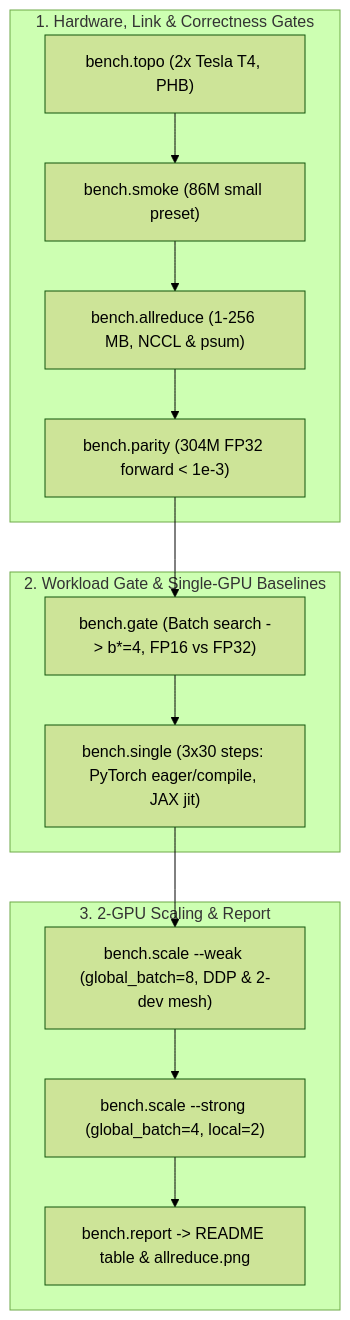
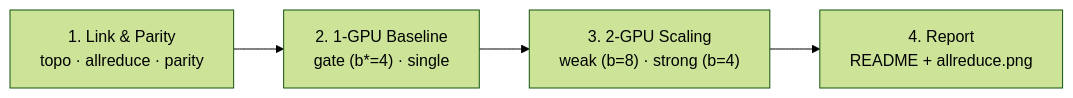
One commit to adityavsb/pytorch-jax-gpt-training changed the diagram in README.md. Above: the diagram before and after it, drawn with Mermaid (forest theme). The commit also changed other lines of this file, not shown here.

````diff
--- a/README.md
+++ b/README.md
@@ -71,19 +38,6 @@
 ```mermaid
-flowchart TD
-    subgraph Gate1 ["1. Hardware, Link & Correctness Gates"]
-        A["bench.topo (2x Tesla T4, PHB)"] --> B["bench.smoke (86M small preset)"]
-        B --> C["bench.allreduce (1-256 MB, NCCL & psum)"]
-        C --> D["bench.parity (304M FP32 forward < 1e-3)"]
-    end
-
-    subgraph Gate2 ["2. Workload Gate & Single-GPU Baselines"]
-        D --> E["bench.gate (Batch search -> b*=4, FP16 vs FP32)"]
-        E --> F["bench.single (3x30 steps: PyTorch eager/compile, JAX jit)"]
-    end
-
-    subgraph Gate3 ["3. 2-GPU Scaling & Report"]
-        F --> G["bench.scale --weak (global_batch=8, DDP & 2-dev mesh)"]
-        G --> H["bench.scale --strong (global_batch=4, local=2)"]
-        H --> I["bench.report -> README table & allreduce.png"]
-    end
+flowchart LR
+    A["1. Link & Parity<br/>topo · allreduce · parity"] --> B["2. 1-GPU Baseline<br/>gate (b*=4) · single"]
+    B --> C["3. 2-GPU Scaling<br/>weak (b=8) · strong (b=4)"]
+    C --> D["4. Report<br/>README + allreduce.png"]
 ```
````
